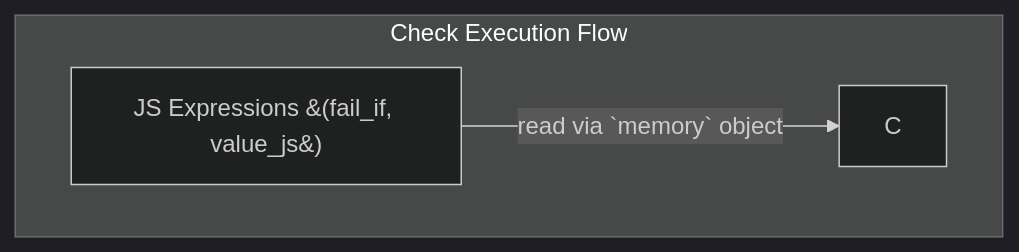
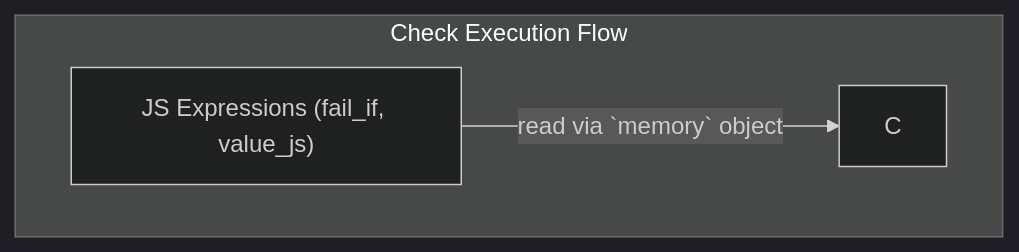
Diagram 56 of 57 in test-fixtures/flowchart/INVALID_DIAGRAMS.md (probelabs/mermaid-lint), drawn with Mermaid (dark theme) before and after one commit. The commit also changed other lines of this file and 3 other files, not shown here.

First line of the commit message:
feat(flowchart): enhance auto-fix for complex labels with special characters (#51)

````diff
--- a/test-fixtures/flowchart/INVALID_DIAGRAMS.md
+++ b/test-fixtures/flowchart/INVALID_DIAGRAMS.md
@@ -3910,8 +4029,8 @@
 ```mermaid
 flowchart TD
   subgraph "Check Execution Flow"
-    G[JS Expressions &#40;fail_if, value_js&#41;] -- read via `memory` object --> C
+    G["JS Expressions (fail_if, value_js)"] -- read via `memory` object --> C
   end
 
 
 ```
````
